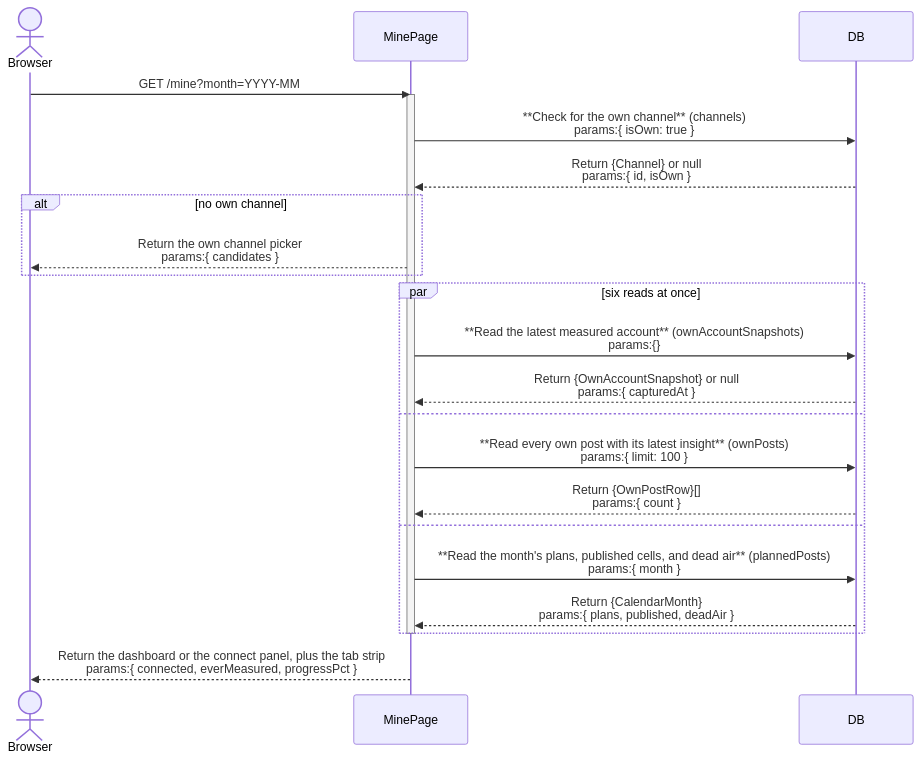
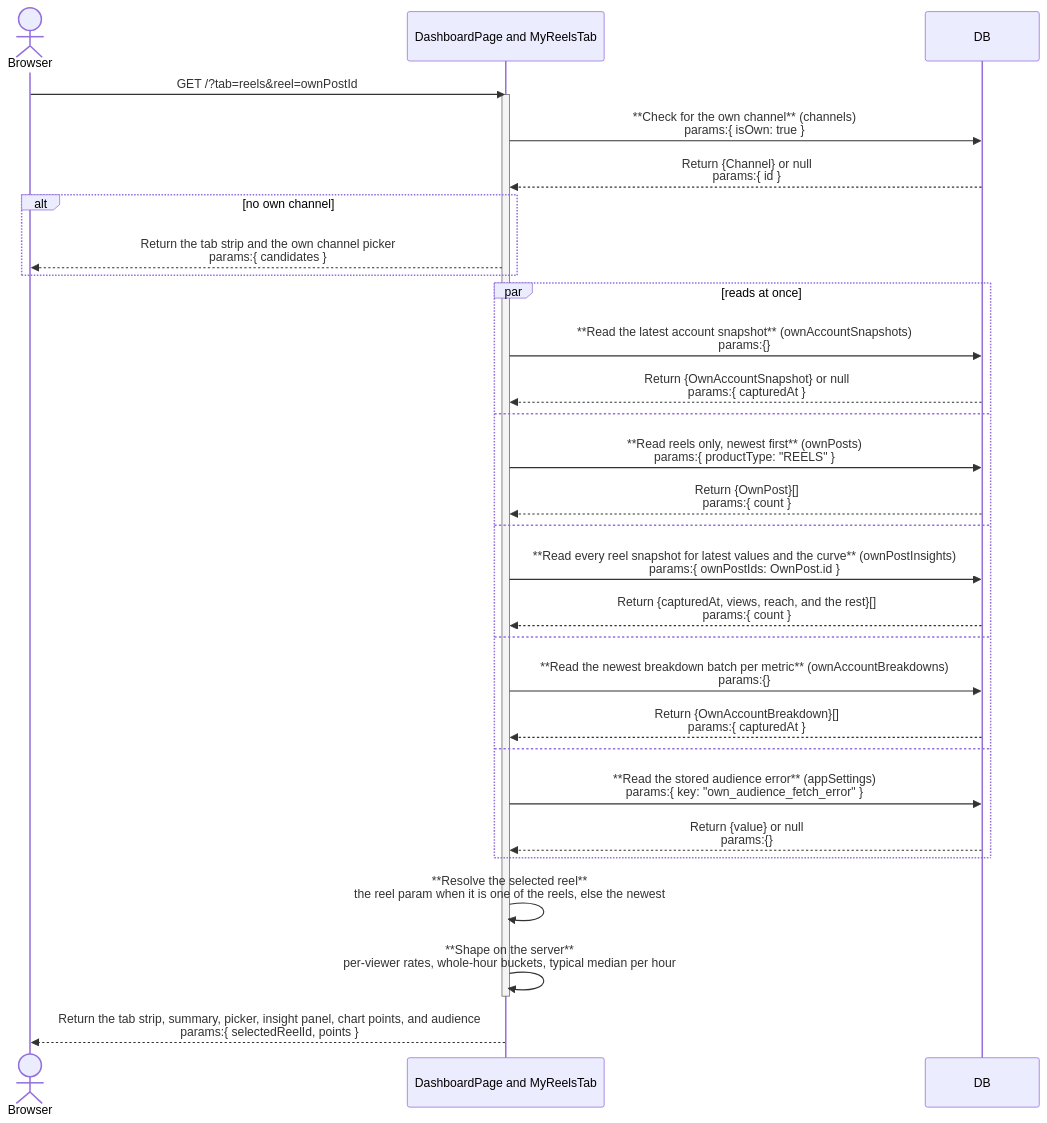
Before and after one commit to Kaiships-ai/crowsnest: the fourth of 4 diagrams in documents/architect/core-components/mine/02-architecture.md, drawn with Mermaid. The commit also changed other lines of this file and 4 other files, not shown here.

First line of the commit message:
docs(mine): design the Dashboard tabs rework and My reels insights

````diff
--- a/documents/architect/core-components/mine/02-architecture.md
+++ b/documents/architect/core-components/mine/02-architecture.md
@@ -172,26 +290,34 @@
 ```mermaid
 sequenceDiagram
     actor UI as Browser
-    participant Page as MinePage
+    participant Page as DashboardPage and MyReelsTab
     participant DB
 
-    UI->>Page: GET /mine?month=YYYY-MM
+    UI->>Page: GET /?tab=reels&reel=ownPostId
     activate Page
     Page->>DB: **Check for the own channel** (channels)<br/>params:{ isOwn: true }
-    DB-->>Page: Return {Channel} or null<br/>params:{ id, isOwn }
+    DB-->>Page: Return {Channel} or null<br/>params:{ id }
     alt no own channel
-        Page-->>UI: Return the own channel picker<br/>params:{ candidates }
+        Page-->>UI: Return the tab strip and the own channel picker<br/>params:{ candidates }
     end
-    par six reads at once
-        Page->>DB: **Read the latest measured account** (ownAccountSnapshots)<br/>params:{}
+    par reads at once
+        Page->>DB: **Read the latest account snapshot** (ownAccountSnapshots)<br/>params:{}
         DB-->>Page: Return {OwnAccountSnapshot} or null<br/>params:{ capturedAt }
     and
-        Page->>DB: **Read every own post with its latest insight** (ownPosts)<br/>params:{ limit: 100 }
-        DB-->>Page: Return {OwnPostRow}[]<br/>params:{ count }
+        Page->>DB: **Read reels only, newest first** (ownPosts)<br/>params:{ productType: "REELS" }
+        DB-->>Page: Return {OwnPost}[]<br/>params:{ count }
     and
-        Page->>DB: **Read the month's plans, published cells, and dead air** (plannedPosts)<br/>params:{ month }
-        DB-->>Page: Return {CalendarMonth}<br/>params:{ plans, published, deadAir }
+        Page->>DB: **Read every reel snapshot for latest values and the curve** (ownPostInsights)<br/>params:{ ownPostIds: OwnPost.id }
+        DB-->>Page: Return {capturedAt, views, reach, and the rest}[]<br/>params:{ count }
+    and
+        Page->>DB: **Read the newest breakdown batch per metric** (ownAccountBreakdowns)<br/>params:{}
+        DB-->>Page: Return {OwnAccountBreakdown}[]<br/>params:{ capturedAt }
+    and
+        Page->>DB: **Read the stored audience error** (appSettings)<br/>params:{ key: "own_audience_fetch_error" }
+        DB-->>Page: Return {value} or null<br/>params:{}
     end
+    Page->>Page: **Resolve the selected reel**<br/>the reel param when it is one of the reels, else the newest
+    Page->>Page: **Shape on the server**<br/>per-viewer rates, whole-hour buckets, typical median per hour
     deactivate Page
-    Page-->>UI: Return the dashboard or the connect panel, plus the tab strip<br/>params:{ connected, everMeasured, progressPct }
+    Page-->>UI: Return the tab strip, summary, picker, insight panel, chart points, and audience<br/>params:{ selectedReelId, points }
 ```
````
